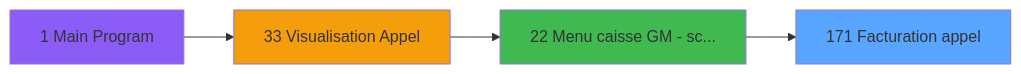
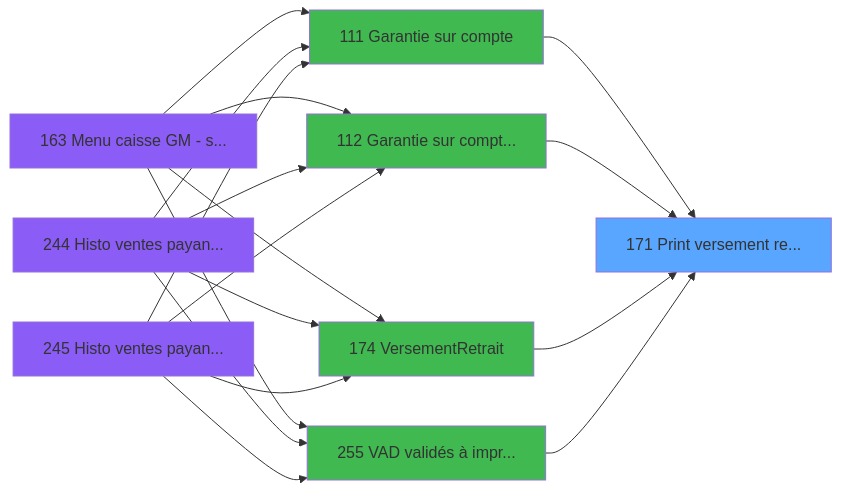
Before and after one commit to thonyAGP/lecteur-magic: the second of 3 diagrams in .openspec/specs/ADH-IDE-171.md, drawn with Mermaid. The commit also changed other lines of this file and 493 other files, not shown here.

````diff
--- a/.openspec/specs/ADH-IDE-171.md
+++ b/.openspec/specs/ADH-IDE-171.md
@@ -366,14 +317,35 @@
 ```mermaid
 graph LR
-    T171[171 Facturation appel]
+    T171[171 Print versement re...]
     style T171 fill:#58a6ff
-    CC1[1 Main Program]
-    style CC1 fill:#8b5cf6
-    CC33[33 Visualisation Appel]
-    style CC33 fill:#f59e0b
-    CC22[22 Menu caisse GM - sc...]
-    style CC22 fill:#3fb950
-    CC33 --> CC22
-    CC1 --> CC33
-    CC22 --> T171
+    CC244[244 Histo ventes payan...]
+    style CC244 fill:#8b5cf6
+    CC163[163 Menu caisse GM - s...]
+    style CC163 fill:#8b5cf6
+    CC245[245 Histo ventes payan...]
+    style CC245 fill:#8b5cf6
+    CC111[111 Garantie sur compte]
+    style CC111 fill:#3fb950
+    CC112[112 Garantie sur compt...]
+    style CC112 fill:#3fb950
+    CC174[174 VersementRetrait]
+    style CC174 fill:#3fb950
+    CC255[255 VAD validés à impr...]
+    style CC255 fill:#3fb950
+    CC163 --> CC111
+    CC244 --> CC111
+    CC245 --> CC111
+    CC163 --> CC112
+    CC244 --> CC112
+    CC245 --> CC112
+    CC163 --> CC174
+    CC244 --> CC174
+    CC245 --> CC174
+    CC163 --> CC255
+    CC244 --> CC255
+    CC245 --> CC255
+    CC111 --> T171
+    CC112 --> T171
+    CC174 --> T171
+    CC255 --> T171
 ```
````
